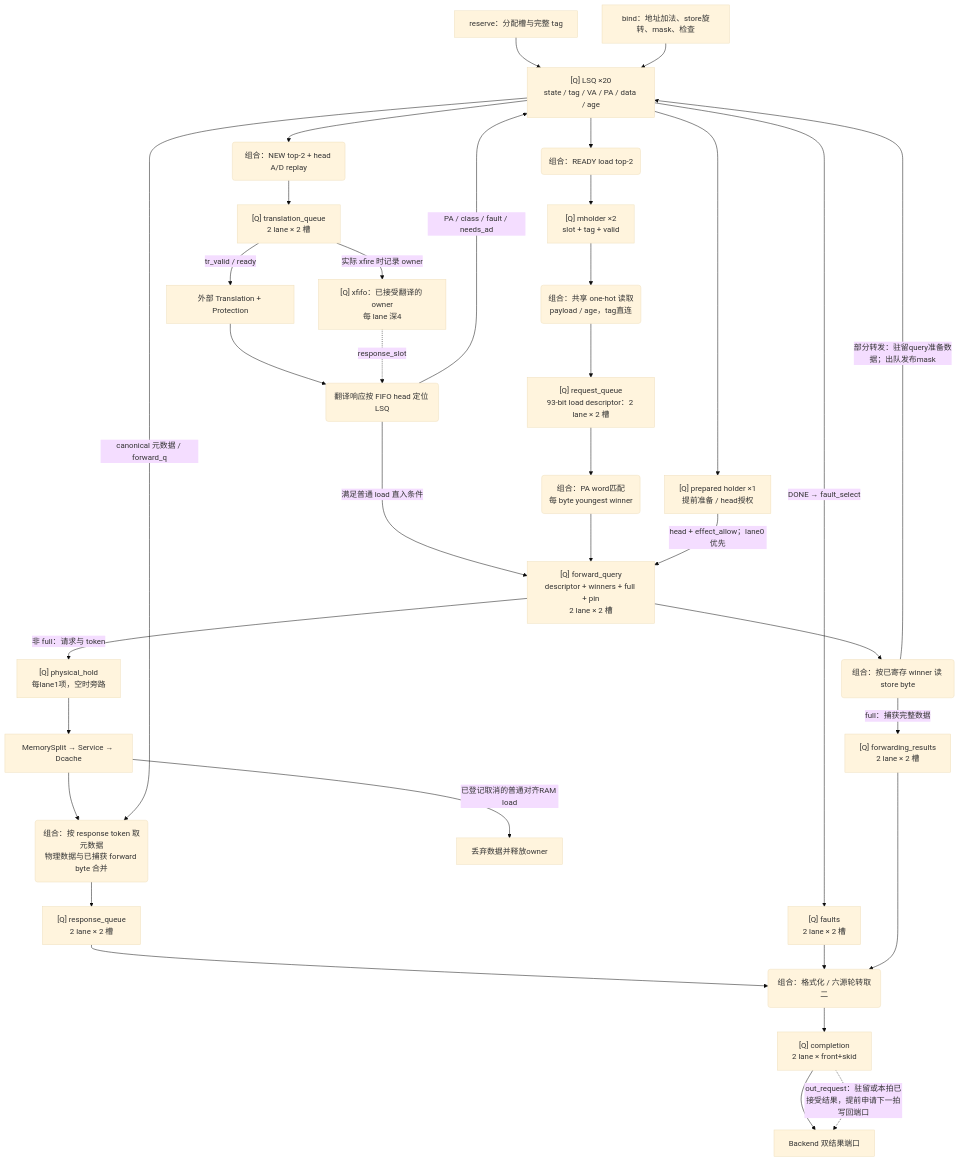
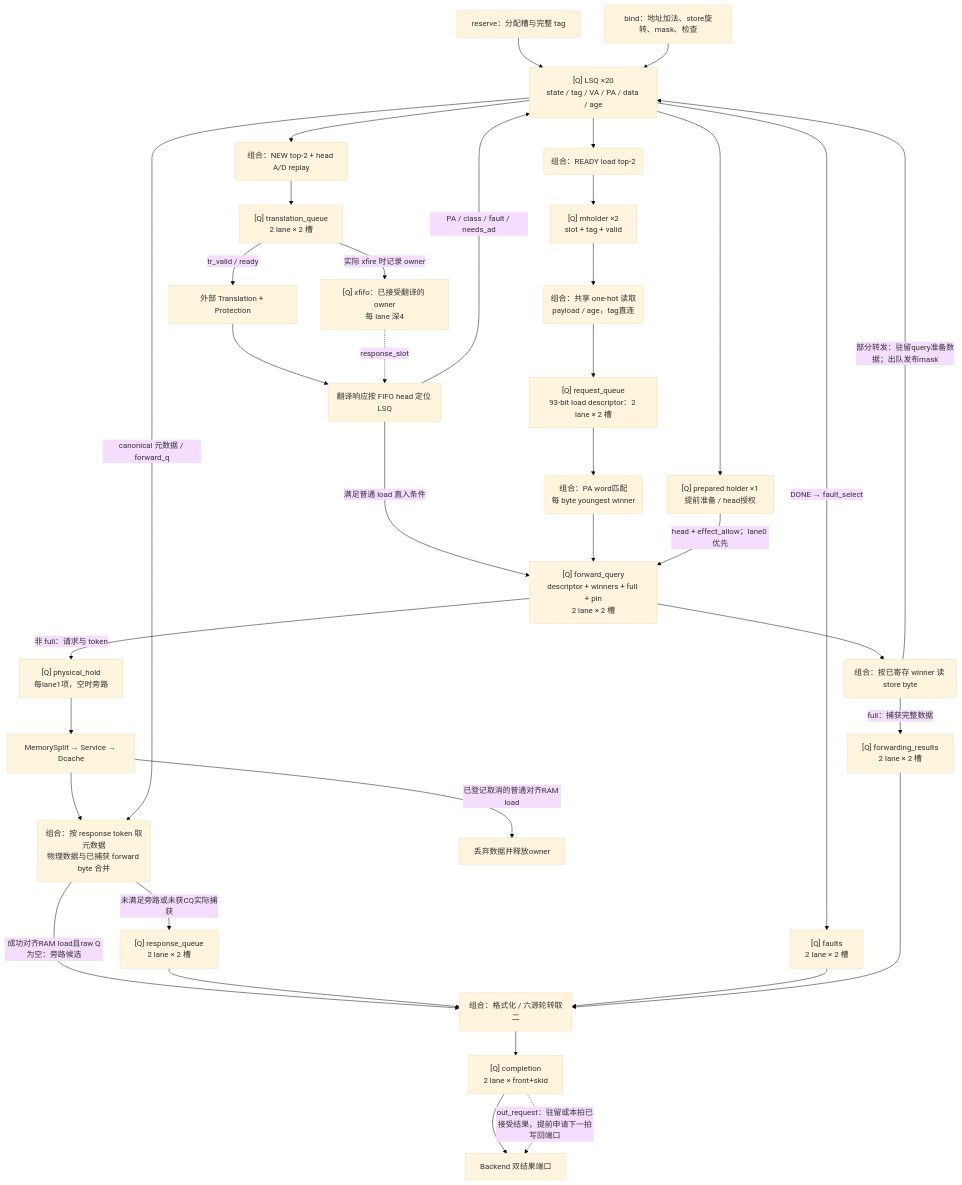
The second of 5 diagrams in npc/rv64/vsrc/lsu/TOPOLOGY.md (mcsaver/oscpu), drawn with Mermaid (base theme) before and after one commit. The commit also changed other lines of this file and 150 other files, not shown here.

````diff
--- a/npc/rv64/vsrc/lsu/TOPOLOGY.md
+++ b/npc/rv64/vsrc/lsu/TOPOLOGY.md
@@ -125,56 +126,57 @@
 ```mermaid
 flowchart TB
   RES["reserve：分配槽与完整 tag"]
   BIND["bind：地址加法、store旋转、mask、检查"]
   LSQ["[Q] LSQ ×20<br/>state / tag / VA / PA / data / age"]
   XSEL("组合：NEW top-2 + head A/D replay")
   XQ["[Q] translation_queue<br/>2 lane × 2 槽"]
   XF["[Q] xfifo：已接受翻译的 owner<br/>每 lane 深4"]
   TR["外部 Translation + Protection"]
   RX("翻译响应按 FIFO head 定位 LSQ")
 
   LSEL("组合：READY load top-2")
   MH["[Q] mholder ×2<br/>slot + tag + valid"]
   DREAD("组合：共享 one-hot 读取<br/>payload / age，tag直连")
   DQ["[Q] request_queue<br/>93-bit load descriptor：2 lane × 2 槽"]
   MATCH("组合：PA word匹配<br/>每 byte youngest winner")
   PRE["[Q] prepared holder ×1<br/>提前准备 / head授权"]
   QQ["[Q] forward_query<br/>descriptor + winners + full + pin<br/>2 lane × 2 槽"]
   READBYTE("组合：按已寄存 winner 读 store byte")
   FT["[Q] forwarding_results<br/>2 lane × 2 槽"]
   HOLD["[Q] physical_hold<br/>每lane1项，空时旁路"]
   PHYS["MemorySplit → Service → Dcache"]
   MERGE("组合：按 response token 取元数据<br/>物理数据与已捕获 forward byte 合并")
   RAW["[Q] response_queue<br/>2 lane × 2 槽"]
   FQ["[Q] faults<br/>2 lane × 2 槽"]
   EVT("组合：格式化 / 六源轮转取二")
   CQ["[Q] completion<br/>2 lane × front+skid"]
   WB["Backend 双结果端口"]
 
   RES --> LSQ
   BIND --> LSQ
   LSQ --> XSEL --> XQ
   XQ -->|"tr_valid / ready"| TR
   XQ -->|"实际 xfire 时记录 owner"| XF
   TR --> RX
   XF -.->|"response_slot"| RX
   RX -->|"PA / class / fault / needs_ad"| LSQ
   RX -->|"满足普通 load 直入条件"| QQ
   LSQ --> LSEL --> MH --> DREAD --> DQ --> MATCH --> QQ
   LSQ --> PRE
   PRE -->|"head + effect_allow；lane0 优先"| QQ
   QQ --> READBYTE
   QQ -->|"非 full：请求与 token"| HOLD --> PHYS
   READBYTE -->|"full：捕获完整数据"| FT
   READBYTE -->|"部分转发：驻留query准备数据；出队发布mask"| LSQ
   PHYS --> MERGE
   PHYS -->|"已登记取消的普通对齐RAM load"| DRAIN["丢弃数据并释放owner"]
   LSQ -->|"canonical 元数据 / forward_q"| MERGE
-  MERGE --> RAW
+  MERGE -->|"未满足旁路或未获CQ实际捕获"| RAW
+  MERGE -->|"成功对齐RAM load且raw Q为空：旁路候选"| EVT
   LSQ -->|"DONE → fault_select"| FQ
   RAW --> EVT
   FQ --> EVT
   FT --> EVT
   EVT --> CQ --> WB
   CQ -.->|"out_request：驻留或本拍已接受结果，提前申请下一拍写回端口"| WB
 ```
````
